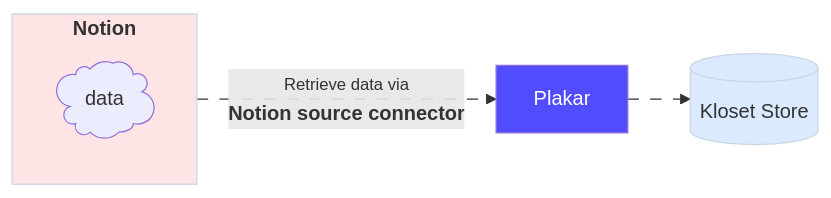
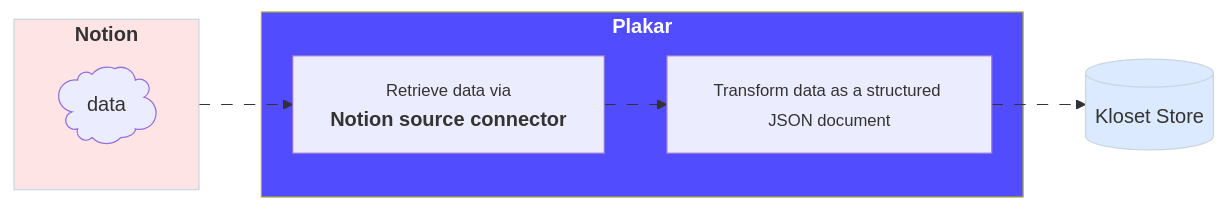
The first of 2 diagrams in content/docs/v1.0.6/integrations/notion/index.md (PlakarKorp/plakar.io), drawn with Mermaid before and after one commit. The commit also changed other lines of this file, not shown here.

Commit message:
notion: better docs

```diff
--- a/content/docs/v1.0.6/integrations/notion/index.md
+++ b/content/docs/v1.0.6/integrations/notion/index.md
@@ -104,25 +104,32 @@
 {{< mermaid >}}
 flowchart LR
 
 subgraph Source[<b>Notion</b>]
   fs@{ shape: cloud, label: "data" }
 end
 
-Source -- <small>Retrieve data via</small><br><b>Notion source connector</b> --> Plakar
+subgraph Plakar[<b>Plakar</b>]
+  Connector@{ shape: rect, label: "<small>Retrieve data via</small><br><b>Notion source connector</b>" }
+  Transform@{ shape: rect, label: "<small>Transform data as a structured JSON document</small>" }
+
+  Connector --> Transform
+end
+
+Source --> Connector
 
 Store@{ shape: cyl, label: "Kloset Store" }
 
-Plakar --> Store
+Transform --> Store
 
 %% Apply classes
 class Source sourceBox
 class Plakar brandBox
 class Store storeBox
 
 %% Classes definitions
 classDef sourceBox fill:#ffe4e6,stroke:#cad5e2,stroke-width:1px
 classDef brandBox fill:#524cff,color:#ffffff
 classDef storeBox fill:#dbeafe,stroke:#cad5e2,stroke-width:1px
 
 linkStyle default stroke-dasharray: 9,5,stroke-dashoffset: 900,animation: dash 25s linear infinite;
 {{< /mermaid >}}
```
